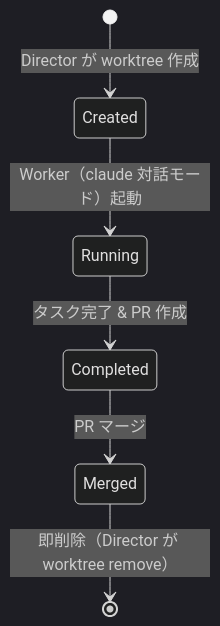
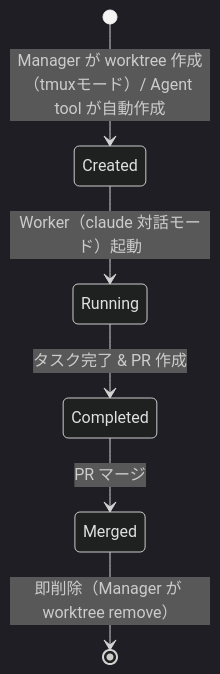
Before and after one commit to einja-inc/einja-management-template: the third of 5 diagrams in docs/einja/steering/branch-strategy.md, drawn with Mermaid (dark theme). The commit also changed other lines of this file and 4 other files, not shown here.

````diff
--- a/docs/einja/steering/branch-strategy.md
+++ b/docs/einja/steering/branch-strategy.md
@@ -165,8 +163,8 @@
 ```mermaid
 stateDiagram-v2
-    [*] --> Created: Director が worktree 作成
+    [*] --> Created: Manager が worktree 作成（tmuxモード）/ Agent tool が自動作成
     Created --> Running: Worker（claude 対話モード）起動
     Running --> Completed: タスク完了 & PR 作成
     Completed --> Merged: PR マージ
-    Merged --> [*]: 即削除（Director が worktree remove）
+    Merged --> [*]: 即削除（Manager が worktree remove）
 ```
````
